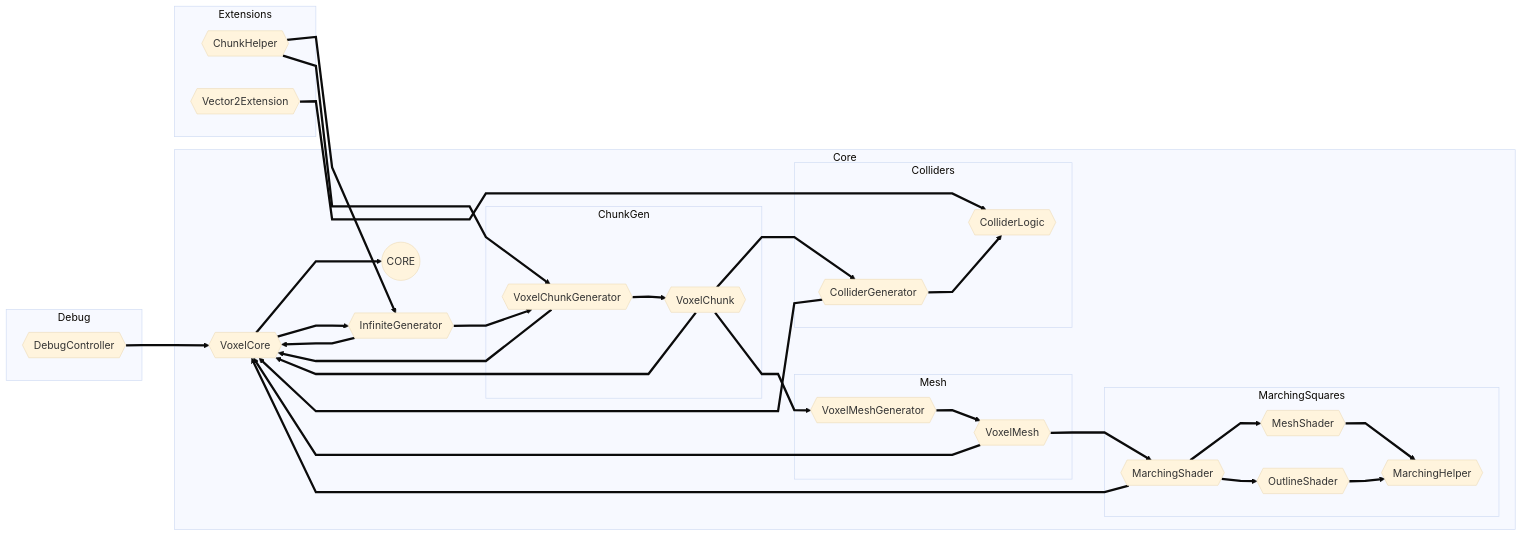
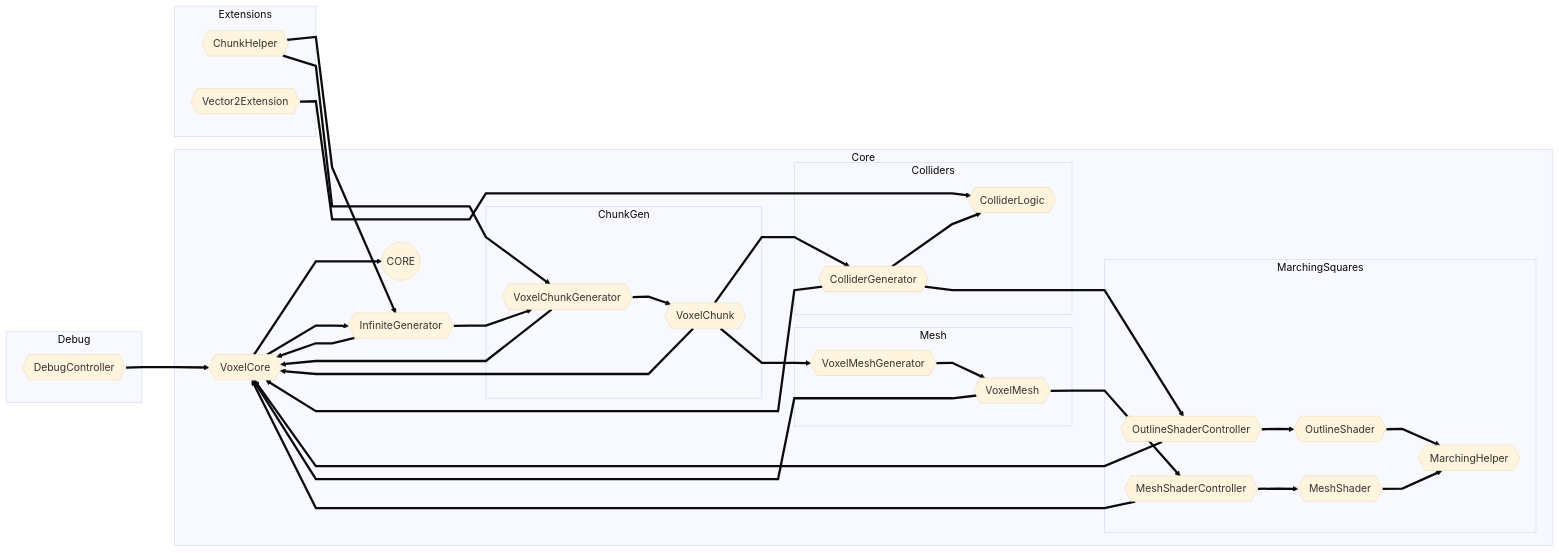
Before and after one commit to joesobo/Marching-Squares-2.0: the diagram in Assets/Graphs/CORE.md, drawn with Mermaid (base theme). The commit also changed 8 other files, not shown here.

```diff
--- a/Assets/Graphs/CORE.md
+++ b/Assets/Graphs/CORE.md
@@ -25,8 +25,9 @@
     end
 
     subgraph MarchingSquares
-      MarchingShader{{MarchingShader}};
+      MeshShaderController{{MeshShaderController}};
       MeshShader{{MeshShader}};
+      OutlineShaderController{{OutlineShaderController}};
       OutlineShader{{OutlineShader}};
       MarchingHelper{{MarchingHelper}};
     end
@@ -59,15 +60,18 @@
 
   ColliderGenerator ==> VoxelCore;
   ColliderGenerator ==> ColliderLogic;
+  ColliderGenerator ==> OutlineShaderController;
 
   VoxelMeshGenerator ==> VoxelMesh;
 
   VoxelMesh ==> VoxelCore;
-  VoxelMesh ==> MarchingShader;
+  VoxelMesh ==> MeshShaderController;
 
-  MarchingShader ==> VoxelCore;
-  MarchingShader ==> MeshShader;
-  MarchingShader ==> OutlineShader;
+  MeshShaderController ==> VoxelCore;
+  MeshShaderController ==> MeshShader;
+
+  OutlineShaderController ==> VoxelCore;
+  OutlineShaderController ==> OutlineShader;
 
   MeshShader ==> MarchingHelper;
   OutlineShader ==> MarchingHelper;
```
